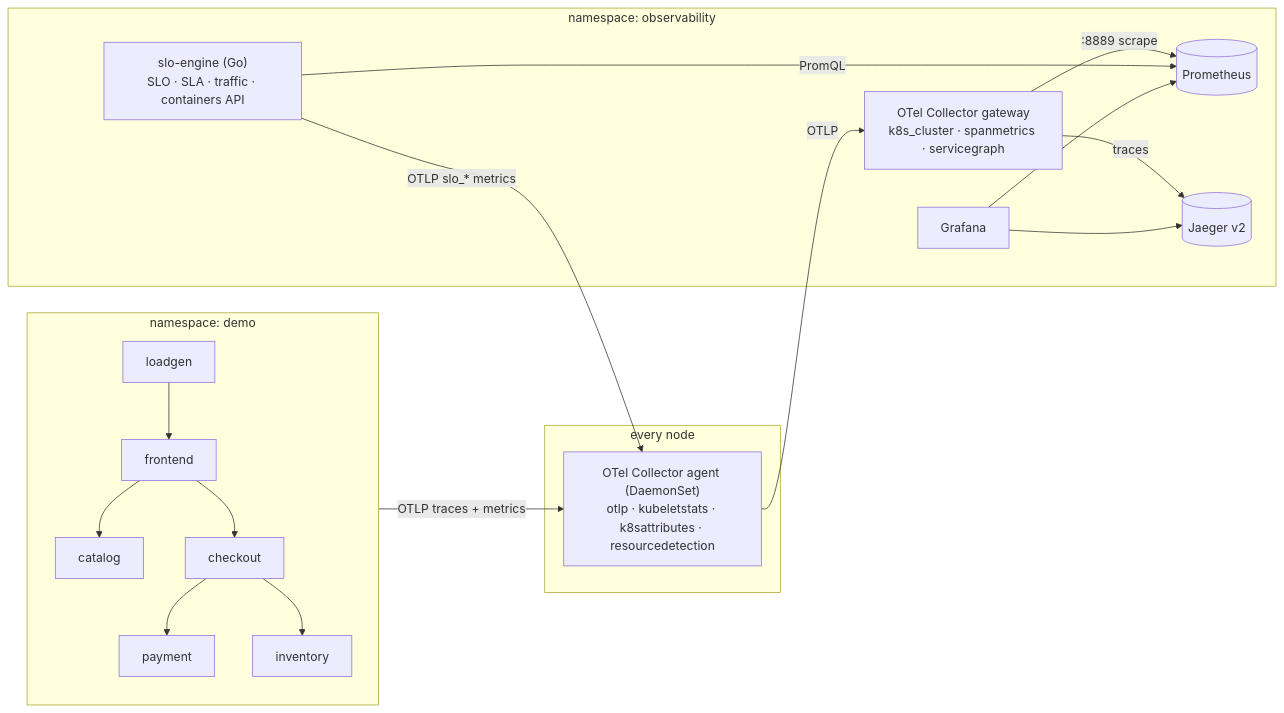
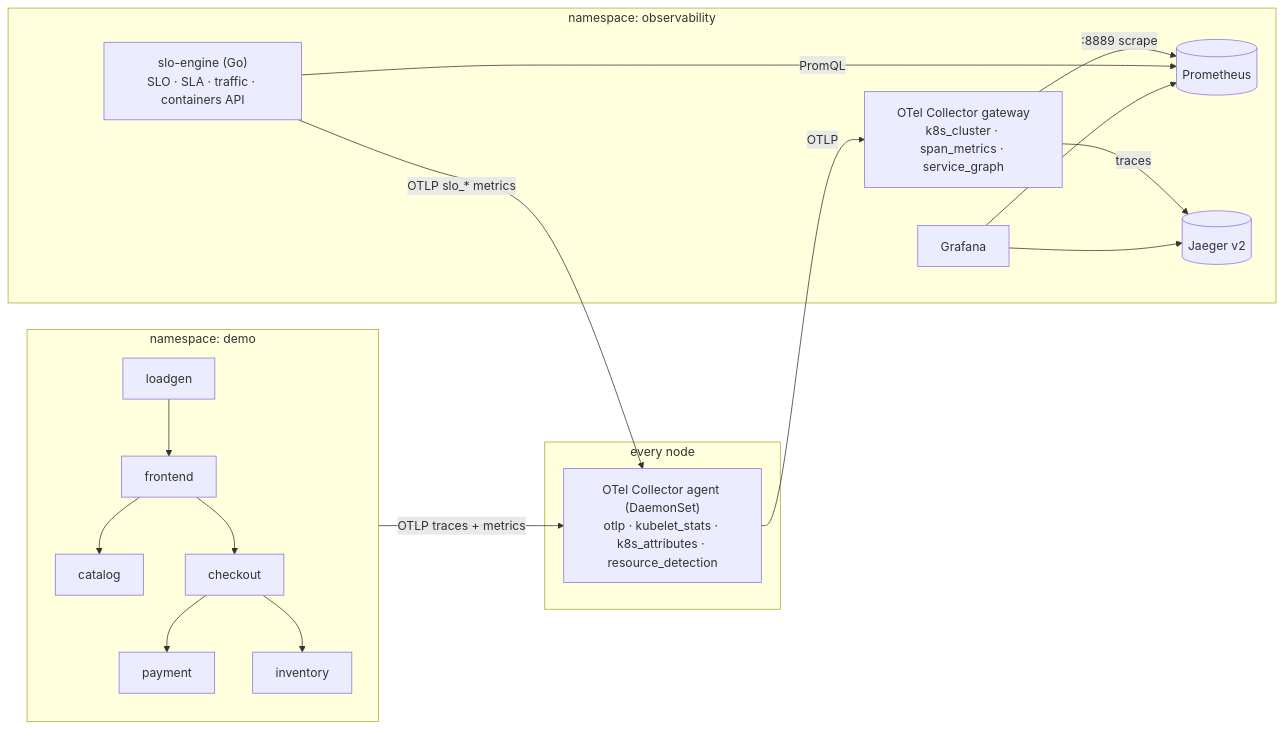
Before and after one commit to seshikanthguduri/otel-slo-traffic-monitor: the diagram in README.md, drawn with Mermaid. The commit also changed other lines of this file and 15 other files, not shown here.

First line of the commit message:
chore(otel): migrate to canonical Collector 0.162 component names

````diff
--- a/README.md
+++ b/README.md
@@ -14,28 +14,28 @@
 ```mermaid
 flowchart LR
   subgraph demo [namespace: demo]
     LG[loadgen] --> FE[frontend]
     FE --> CAT[catalog]
     FE --> CO[checkout]
     CO --> PAY[payment]
     CO --> INV[inventory]
   end
   subgraph node [every node]
-    AG["OTel Collector agent (DaemonSet)<br/>otlp · kubeletstats · k8sattributes · resourcedetection"]
+    AG["OTel Collector agent (DaemonSet)<br/>otlp · kubelet_stats · k8s_attributes · resource_detection"]
   end
   subgraph obs [namespace: observability]
-    GW["OTel Collector gateway<br/>k8s_cluster · spanmetrics · servicegraph"]
+    GW["OTel Collector gateway<br/>k8s_cluster · span_metrics · service_graph"]
     PR[(Prometheus)]
     JA[(Jaeger v2)]
     SE["slo-engine (Go)<br/>SLO · SLA · traffic · containers API"]
     GF[Grafana]
   end
   demo -- OTLP traces + metrics --> AG
   AG -- OTLP --> GW
   GW -- traces --> JA
   GW -- ":8889 scrape" --> PR
   SE -- PromQL --> PR
   SE -- OTLP slo_* metrics --> AG
   GF --> PR
   GF --> JA
 ```
````
